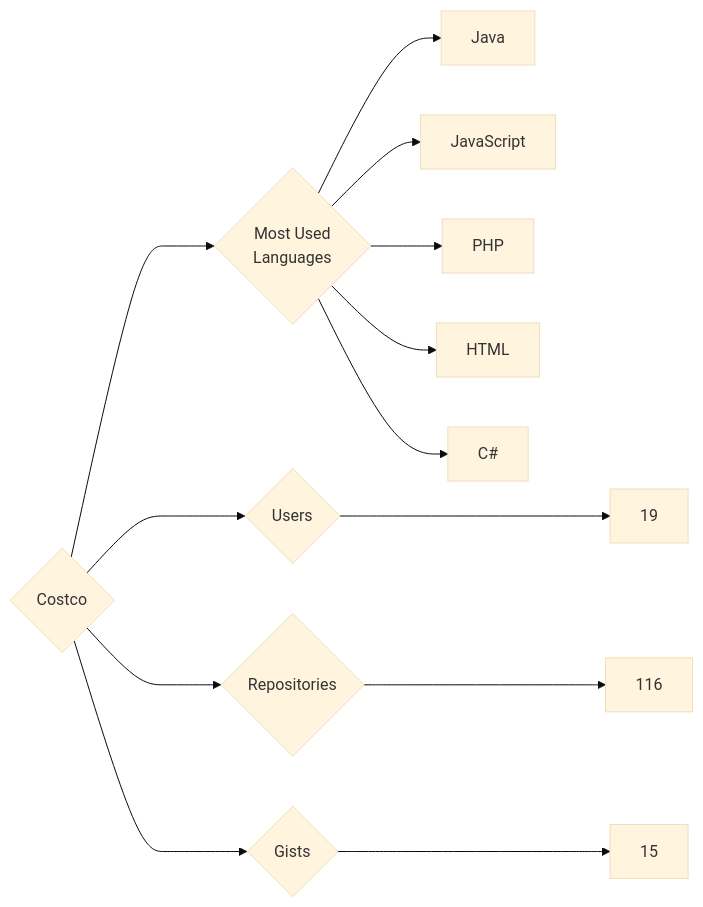
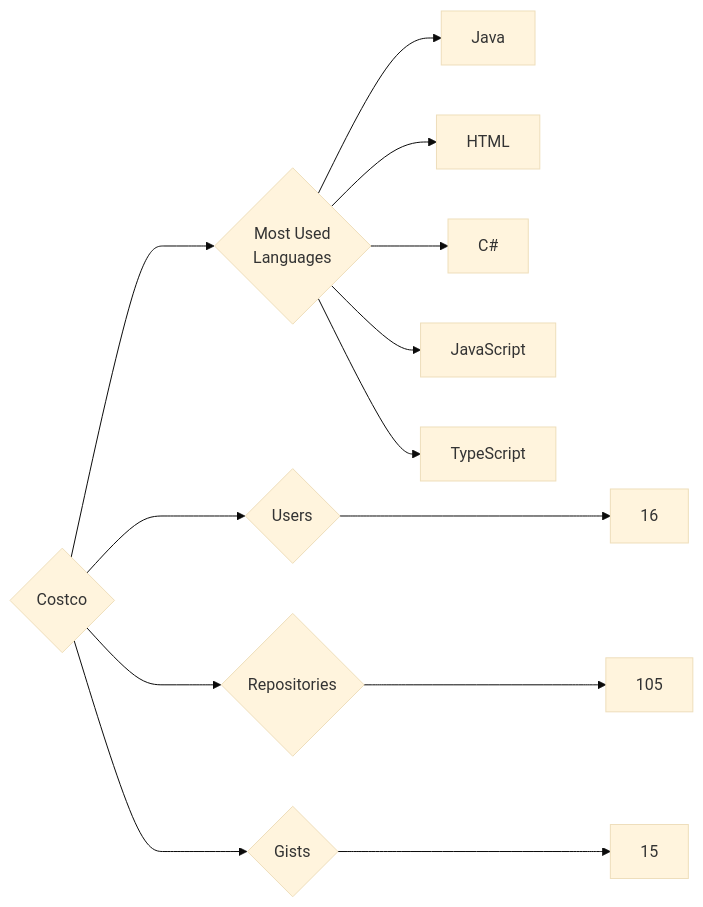
One commit to trickest/insiders changed the diagram in targets/Costco/README.md. Above: the diagram before and after it, drawn with Mermaid (base theme). The commit also changed 899 other files, not shown here.

````diff
--- a/targets/Costco/README.md
+++ b/targets/Costco/README.md
@@ -3,13 +3,13 @@
 ```mermaid
 graph LR
 COMPANY_NAME{Costco}
-COMPANY_NAME ---> U{Users} ---> UN[19]
-COMPANY_NAME ---> R{Repositories} ---> RN[116]
+COMPANY_NAME ---> U{Users} ---> UN[16]
+COMPANY_NAME ---> R{Repositories} ---> RN[105]
 COMPANY_NAME ---> G{Gists} ---> GN[15]
 COMPANY_NAME ---> ML{Most Used<br>Languages}
 ML --> Java[Java]
-ML --> JavaScript[JavaScript]
-ML --> PHP[PHP]
 ML --> HTML[HTML]
 ML --> C#[C#]
+ML --> JavaScript[JavaScript]
+ML --> TypeScript[TypeScript]
 ```
````
